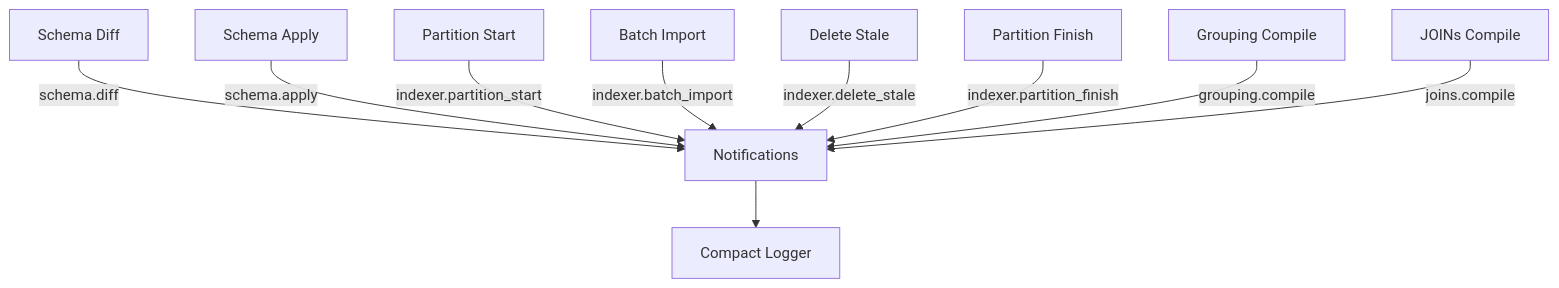
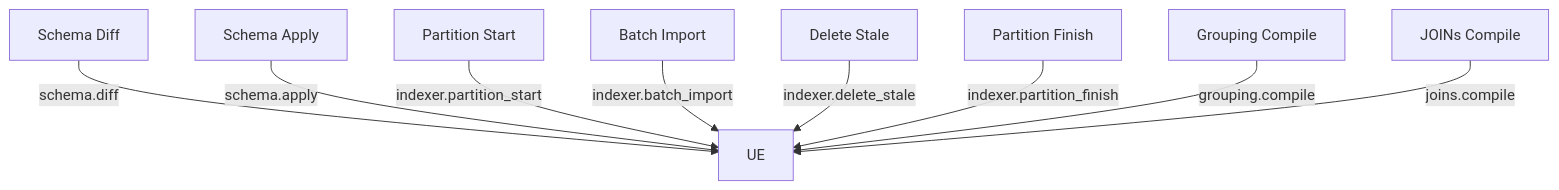
Before and after one commit to lstpsche/typesense-search-engine: the third of 5 diagrams in docs/observability.md, drawn with Mermaid. The commit also changed other lines of this file and 15 other files, not shown here.

````diff
--- a/docs/observability.md
+++ b/docs/observability.md
@@ -151,12 +160,11 @@
 ```mermaid
 flowchart TD
-  A[Schema Diff] -->|schema.diff| N[Notifications]
-  B[Schema Apply] -->|schema.apply| N
-  C[Partition Start] -->|indexer.partition_start| N
-  D[Batch Import] -->|indexer.batch_import| N
-  E[Delete Stale] -->|indexer.delete_stale| N
-  C2[Partition Finish] -->|indexer.partition_finish| N
-  G[Grouping Compile] -->|grouping.compile| N
-  J[JOINs Compile] -->|joins.compile| N
-  N --> L[Compact Logger]
+  A[Schema Diff] -->|schema.diff| UE
+  B[Schema Apply] -->|schema.apply| UE
+  C[Partition Start] -->|indexer.partition_start| UE
+  D[Batch Import] -->|indexer.batch_import| UE
+  E[Delete Stale] -->|indexer.delete_stale| UE
+  C2[Partition Finish] -->|indexer.partition_finish| UE
+  G[Grouping Compile] -->|grouping.compile| UE
+  J[JOINs Compile] -->|joins.compile| UE
 ```
````
